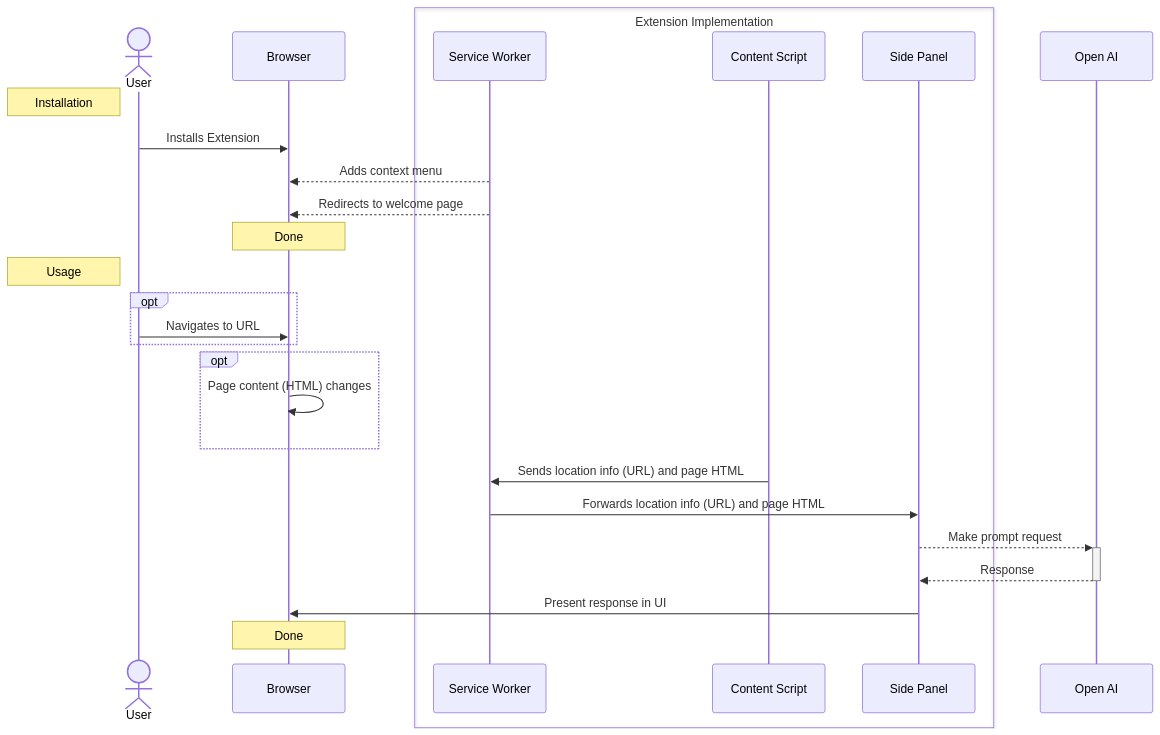
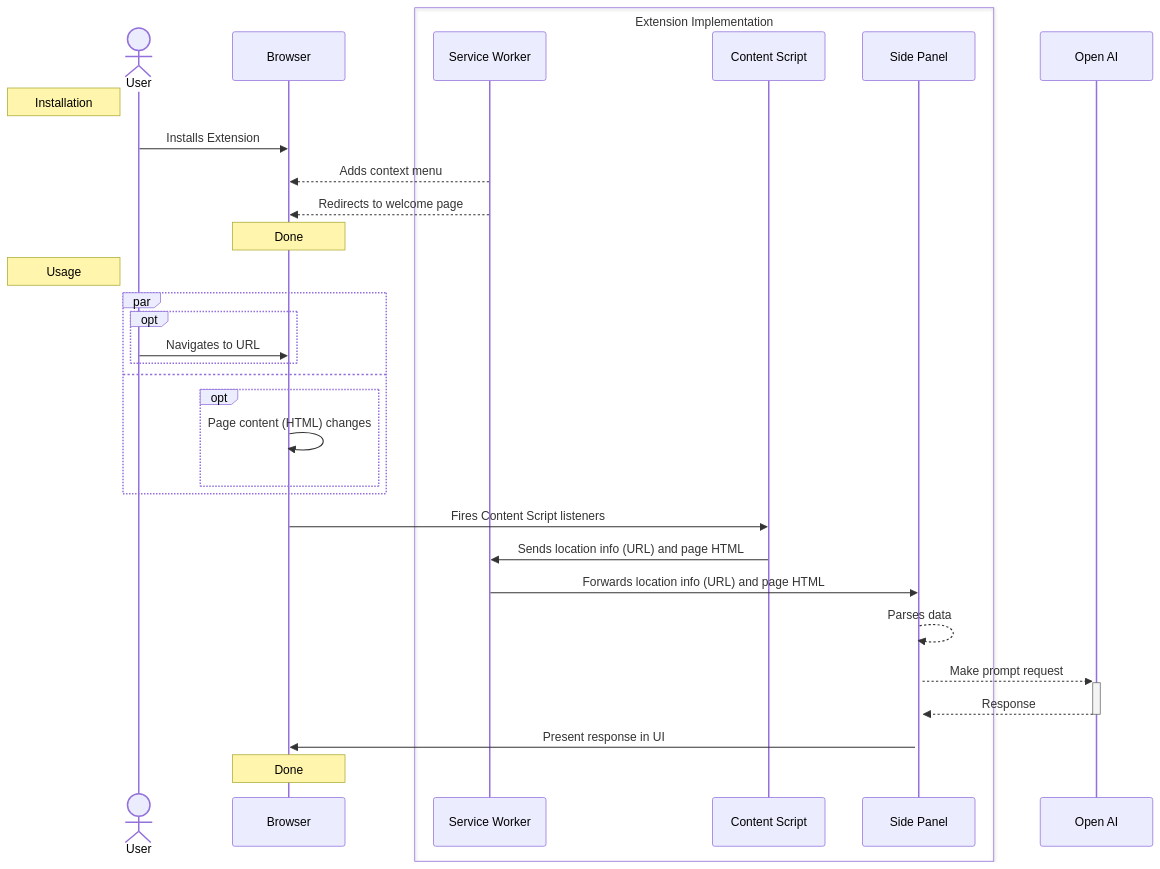
One commit to abelflopes/ai-cosearch-chrome-extension changed the diagram in README.md. Above: the diagram before and after it, drawn with Mermaid.

Commit message:
docs: update diagram

````diff
--- a/README.md
+++ b/README.md
@@ -31,29 +31,34 @@
 ```mermaid
 sequenceDiagram
     actor User
     participant Browser
     box Extension Implementation
     participant Service Worker
     participant Content Script
     participant Side Panel
     end
     participant Open AI
     Note left of User: Installation
     User->>Browser: Installs Extension
     Service Worker-->>Browser: Adds context menu
     Service Worker-->>Browser: Redirects to welcome page
     Note over Browser: Done
     Note left of User: Usage
-    opt
-        User->>Browser: Navigates to URL
+    par
+        opt
+            User->>Browser: Navigates to URL
+        end
+    and
+        opt
+            Browser->>Browser: Page content (HTML) changes
+        end
     end
-    opt
-        Browser->>Browser: Page content (HTML) changes
-    end
+    Browser->>Content Script: Fires Content Script listeners
     Content Script->>Service Worker: Sends location info (URL) and page HTML
     Service Worker->>Side Panel: Forwards location info (URL) and page HTML
+    Side Panel-->>+Side Panel: Parses data
     Side Panel-->>+Open AI: Make prompt request
     Open AI-->>-Side Panel: Response
     Side Panel->>Browser: Present response in UI
     Note over Browser: Done
 ```
````
